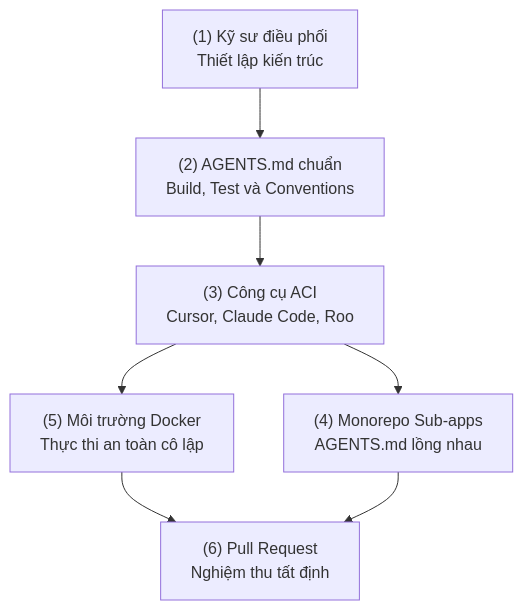
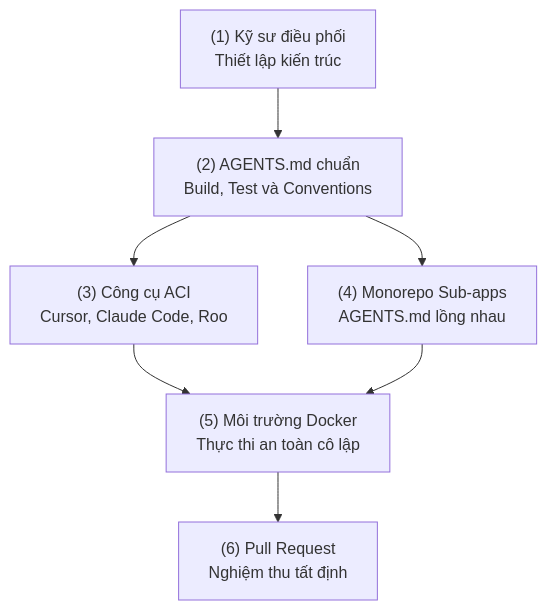
Before and after one commit to nguyengoctin/my_website: the second of 6 diagrams in content/posts/ky-nghe-phan-mem-ban-dia-ai-va-5-bai-hoc-lam-chu-ai-agents.md, drawn with Mermaid. The commit also changed other lines of this file and 19 other files, not shown here.

Commit message:
chore: implement Mermaid best-practice audit script, apply auto-fixes to posts, and adjust rendering configurations

````diff
--- a/content/posts/ky-nghe-phan-mem-ban-dia-ai-va-5-bai-hoc-lam-chu-ai-agents.md
+++ b/content/posts/ky-nghe-phan-mem-ban-dia-ai-va-5-bai-hoc-lam-chu-ai-agents.md
@@ -61,15 +60,15 @@
 ```mermaid
 flowchart TD
     User["(1) Kỹ sư điều phối<br/>Thiết lập kiến trúc"]
     ACI["(2) AGENTS.md chuẩn<br/>Build, Test và Conventions"]
     Tools["(3) Công cụ ACI<br/>Cursor, Claude Code, Roo"]
     Workspace["(4) Monorepo Sub-apps<br/>AGENTS.md lồng nhau"]
     Sandbox["(5) Môi trường Docker<br/>Thực thi an toàn cô lập"]
     PR["(6) Pull Request<br/>Nghiệm thu tất định"]
     User --> ACI
     ACI --> Tools
-    Tools --> Workspace
+    ACI --> Workspace
     Tools --> Sandbox
+    Workspace --> Sandbox
     Sandbox --> PR
-    Workspace --> PR
 ```
````
